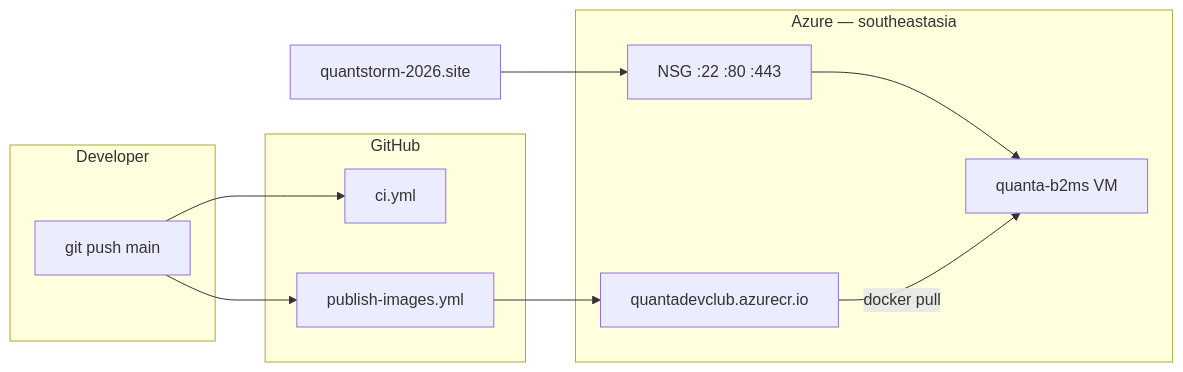
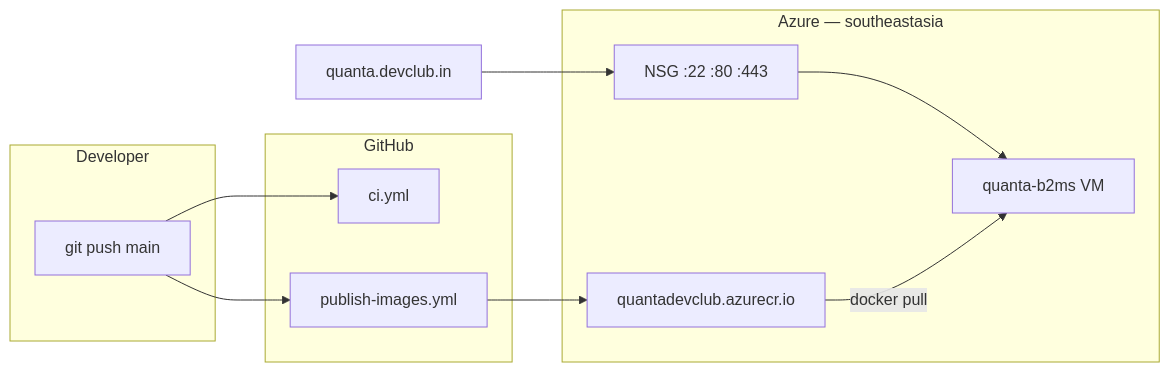
Before and after one commit to itxprashant/quant-trading-platform: the second of 2 diagrams in AGENTS.md, drawn with Mermaid. The commit also changed other lines of this file and 13 other files, not shown here.

First line of the commit message:
Revert production domain default to quanta.devclub.in.

````diff
--- a/AGENTS.md
+++ b/AGENTS.md
@@ -75,22 +75,22 @@
 ```mermaid
 flowchart LR
   subgraph dev [Developer]
     Git[git push main]
   end
 
   subgraph github [GitHub]
     CI[ci.yml]
     Pub[publish-images.yml]
   end
 
   subgraph azure [Azure — southeastasia]
     ACR[quantadevclub.azurecr.io]
     VM[quanta-b2ms VM]
     NSG[NSG :22 :80 :443]
   end
 
-  DNS[quantstorm-2026.site] --> NSG --> VM
+  DNS[quanta.devclub.in] --> NSG --> VM
   Git --> CI
   Git --> Pub --> ACR
   ACR -->|docker pull| VM
 ```
````
